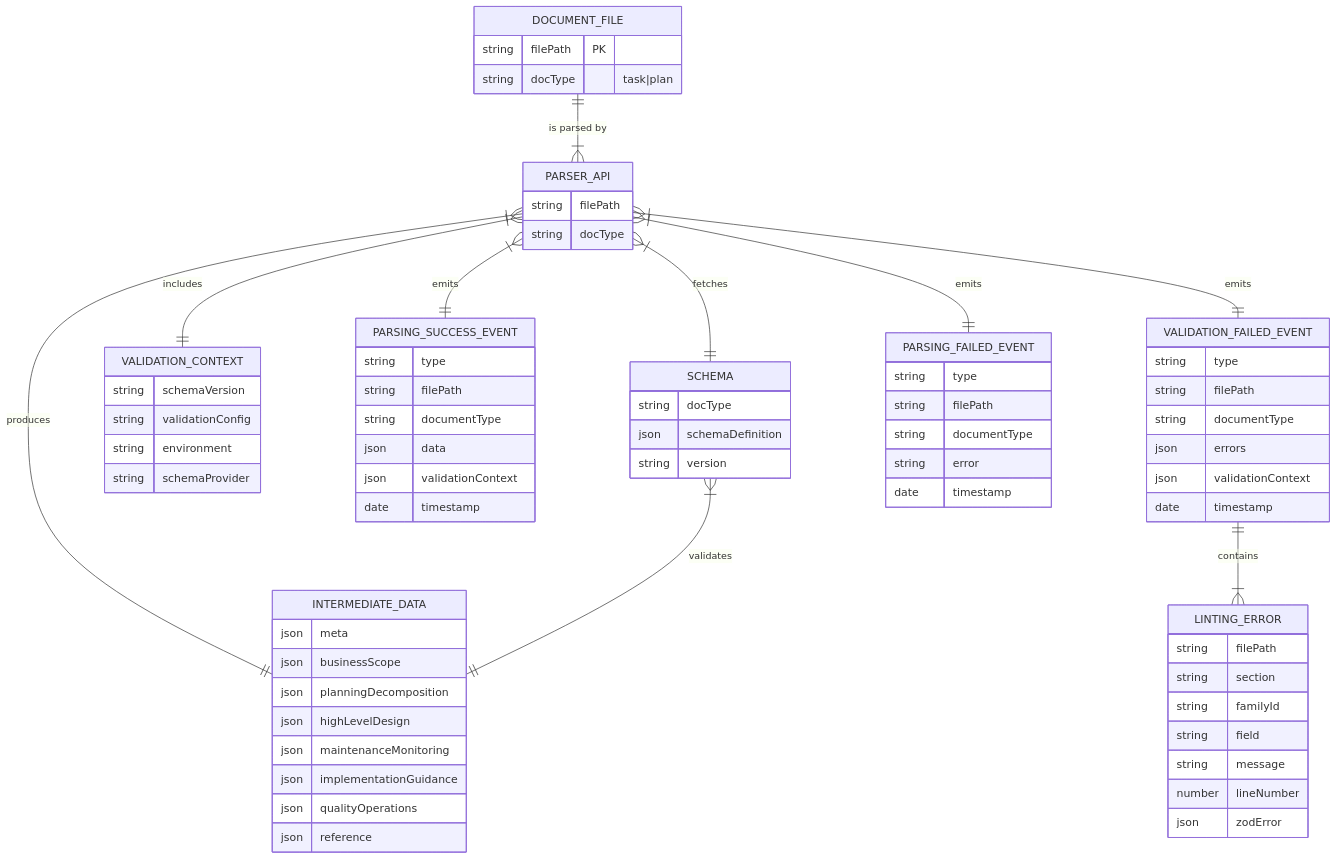
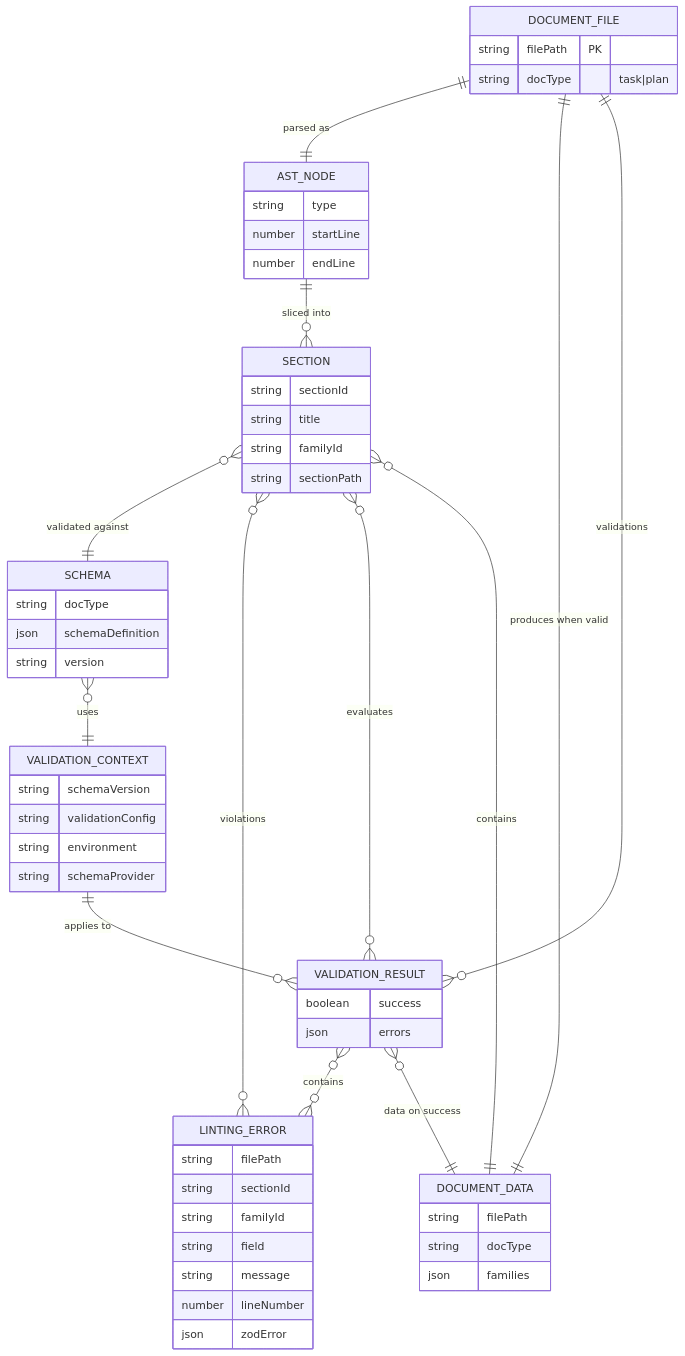
One commit to livelifelively/documentation-driven-development-tools changed the fourth of 7 diagrams in docs/requirements/p1.p5-doc-parser.plan.md. Above: the diagram before and after it, drawn with Mermaid. The commit also changed other lines of this file and 4 other files, not shown here.

````diff
--- a/docs/requirements/p1.p5-doc-parser.plan.md
+++ b/docs/requirements/p1.p5-doc-parser.plan.md
@@ -212,83 +204,70 @@
 ```mermaid
 erDiagram
     DOCUMENT_FILE {
         string filePath PK
         string docType "task|plan"
     }
 
-    PARSER_API {
-        string filePath
-        string docType
+    AST_NODE {
+        string type
+        number startLine
+        number endLine
+    }
+
+    SECTION {
+        string sectionId
+        string title
+        string familyId
+        string sectionPath
     }
 
     SCHEMA {
         string docType
         json schemaDefinition
         string version
-    }
-
-    INTERMEDIATE_DATA {
-        json meta
-        json businessScope
-        json planningDecomposition
-        json highLevelDesign
-        json maintenanceMonitoring
-        json implementationGuidance
-        json qualityOperations
-        json reference
     }
 
     VALIDATION_CONTEXT {
         string schemaVersion
         string validationConfig
         string environment
         string schemaProvider
     }
 
-    PARSING_SUCCESS_EVENT {
-        string type
-        string filePath
-        string documentType
-        json data
-        json validationContext
-        date timestamp
-    }
-
-    VALIDATION_FAILED_EVENT {
-        string type
-        string filePath
-        string documentType
+    VALIDATION_RESULT {
+        boolean success
         json errors
-        json validationContext
-        date timestamp
-    }
-
-    PARSING_FAILED_EVENT {
-        string type
-        string filePath
-        string documentType
-        string error
-        date timestamp
     }
 
     LINTING_ERROR {
         string filePath
-        string section
+        string sectionId
         string familyId
         string field
         string message
         number lineNumber
         json zodError
     }
 
-    DOCUMENT_FILE ||--|{ PARSER_API : "is parsed by"
-    PARSER_API }|--|| INTERMEDIATE_DATA : "produces"
-    PARSER_API }|--|| VALIDATION_CONTEXT : "includes"
-    PARSER_API }|--|| SCHEMA : "fetches"
-    SCHEMA }|--|| INTERMEDIATE_DATA : "validates"
-    PARSER_API }|--|| PARSING_SUCCESS_EVENT : "emits"
-    PARSER_API }|--|| VALIDATION_FAILED_EVENT : "emits"
-    PARSER_API }|--|| PARSING_FAILED_EVENT : "emits"
-    VALIDATION_FAILED_EVENT ||--|{ LINTING_ERROR : "contains"
+    DOCUMENT_DATA {
+        string filePath
+        string docType
+        json families
+    }
+
+    DOCUMENT_FILE ||--|| AST_NODE : "parsed as"
+    AST_NODE ||--o{ SECTION : "sliced into"
+    SECTION }o--|| SCHEMA : "validated against"
+    SECTION }o--o{ LINTING_ERROR : "violations"
+    SCHEMA }o--|| VALIDATION_CONTEXT : "uses"
+    DOCUMENT_FILE ||--|| DOCUMENT_DATA : "produces when valid"
+    DOCUMENT_DATA ||--o{ SECTION : "contains"
+
+    %% Validation result linkages (transient but canonical result shape)
+    VALIDATION_CONTEXT ||--o{ VALIDATION_RESULT : "applies to"
+    DOCUMENT_FILE ||--o{ VALIDATION_RESULT : "validations"
+    VALIDATION_RESULT }o--o{ LINTING_ERROR : "contains"
+    VALIDATION_RESULT }o--o{ SECTION : "evaluates"
+    VALIDATION_RESULT }o--|| DOCUMENT_DATA : "data on success"
 
 ```
````
